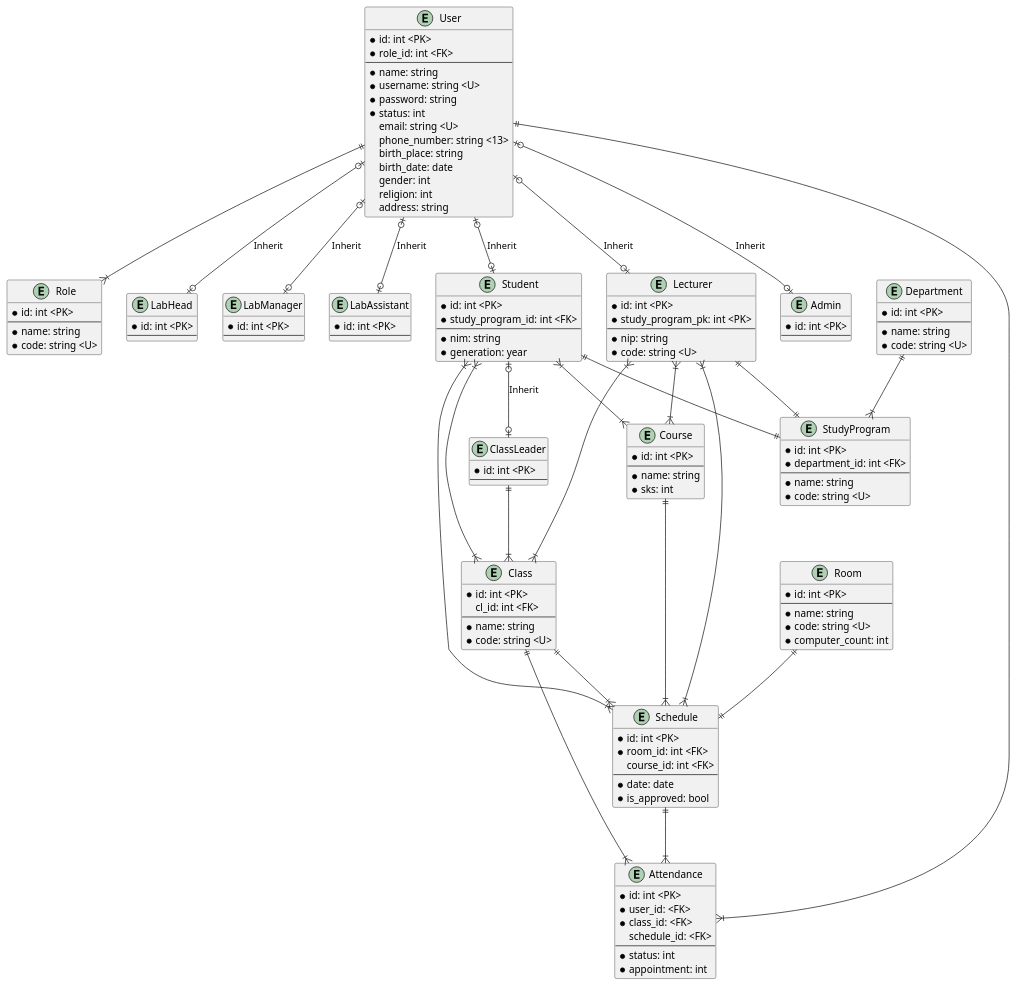
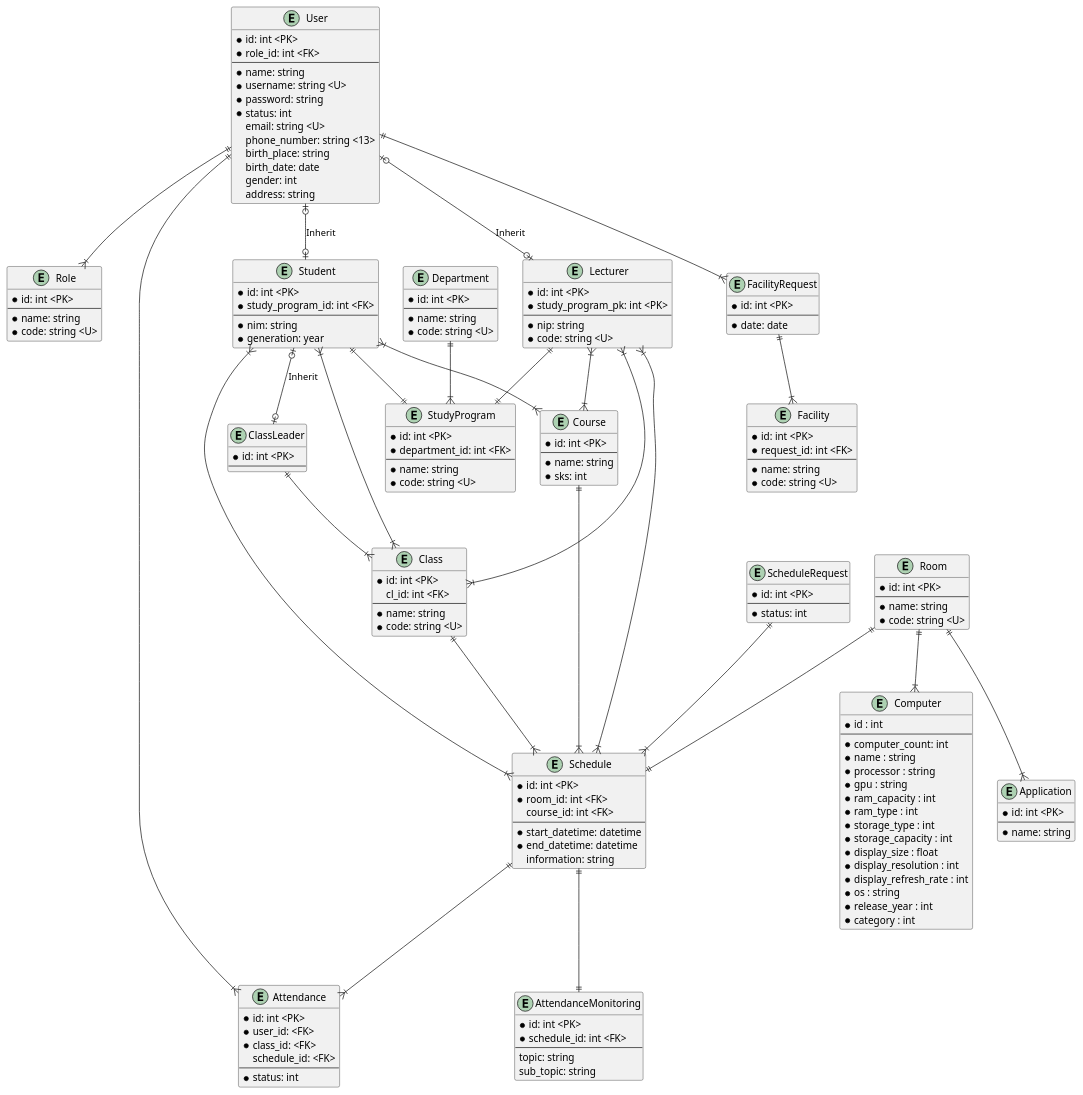
One commit to codebaradev/Simlab changed the diagram in docs/erd.plantuml. Above: the diagram before and after it, drawn with PlantUML. The commit also changed 1 other file, not shown here.

Commit message:
feat: Update erd and usecase

```diff
--- a/docs/erd.plantuml
+++ b/docs/erd.plantuml
@@ -16,7 +16,6 @@
     birth_place: string
     birth_date: date
     gender: int
-    religion: int
     address: string
 }
 
@@ -27,20 +26,7 @@
     * code: string <U>
 }
 
-entity "LabHead" as lab_head {
-    * id: int <PK>
-    ---
-}
 
-entity "LabManager" as lab_manager {
-    * id: int <PK>
-    ---
-}
-
-entity "LabAssistant" as lab_assistant {
-    * id: int <PK>
-    ---
-}
 
 entity "Lecturer" as lecturer {
     * id: int <PK>
@@ -63,10 +49,7 @@
     ---
 }
 
-entity "Admin" as admin {
-    * id: int <PK>
-    ---
-}
+
 
 ' Main
 
@@ -99,7 +82,26 @@
     schedule_id: <FK>
     ---
     * status: int
-    * appointment: int
+}
+
+entity "FacilityRequest" as facility_request {
+    * id: int <PK>
+    ---
+    * date: date 
+}
+
+entity "Facility" as facility {
+    * id: int <PK>
+    * request_id: int <FK>
+    ---
+    * name: string
+    * code: string <U>
+}
+
+entity ScheduleRequest {
+    * id: int <PK>
+    ---
+    * status: int    
 }
 
 entity "Schedule" as schedule {
@@ -107,8 +109,17 @@
     * room_id: int <FK>
     course_id: int <FK>
     ---
-    * date: date
-    * is_approved: bool
+    * start_datetime: datetime
+    * end_datetime: datetime  
+    information: string
+}
+
+entity AttendanceMonitoring {
+    * id: int <PK>
+    * schedule_id: int <FK>
+    ---
+    topic: string
+    sub_topic: string
 }
 
 entity "Class" as class {
@@ -124,7 +135,31 @@
     ---
     * name: string
     * code: string <U>
+}
+
+entity Computer {
+    * id : int
+    ---
     * computer_count: int
+    * name : string
+    * processor : string
+    * gpu : string
+    * ram_capacity : int
+    * ram_type : int
+    * storage_type : int
+    * storage_capacity : int
+    * display_size : float
+    * display_resolution : int
+    * display_refresh_rate : int
+    * os : string
+    * release_year : int
+    * category : int
+}
+
+entity Application {
+    * id: int <PK>
+    ---
+    * name: string
 }
 
 ' StudyProgram and Department
@@ -137,11 +172,7 @@
 
 user ||--|{ role
 
-user |o--o| admin: "Inherit"
-user |o--o| lab_head: "Inherit"
-user |o--o| lab_manager: "Inherit"
 user |o--o| lecturer: "Inherit"
-user |o--o| lab_assistant: "Inherit"
 user |o--o| student: "Inherit"
 student |o--o| class_leader: "Inherit"
 
@@ -155,16 +186,17 @@
 
 ' Schedule
 
+ScheduleRequest ||--|{ schedule
 lecturer }|--|{ schedule: ""
 student }|--|{ schedule: ""
 room ||--||schedule: ""
 class ||--|{ schedule:""
 course ||--|{ schedule:""
+schedule ||--|| AttendanceMonitoring
 
 ' Attendanceu
 
 user ||--|{ attendance: ""
-class ||--|{ attendance: ""
 schedule ||--|{ attendance: ""
 
 ' Course
@@ -172,7 +204,14 @@
 lecturer }|--|{ course: ""
 student }|--|{ course: ""
 
+' Room
 
+room ||--|{ Computer
+room ||--|{ Application
+
+' Facility
+user ||--|{ facility_request
+facility_request ||--|{ facility
 
 
 @enduml
```
